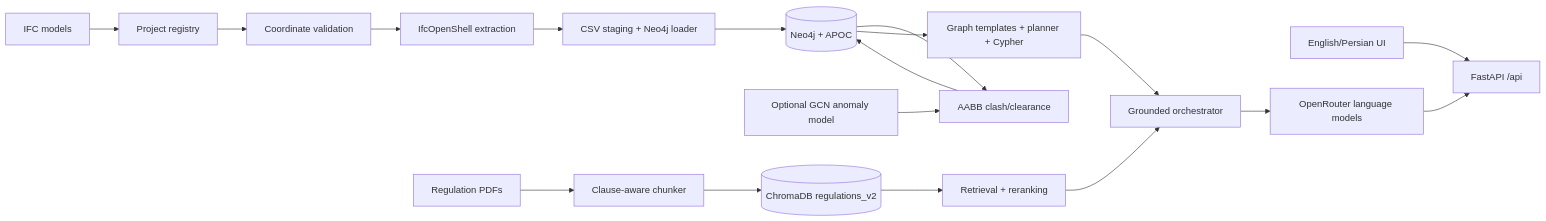
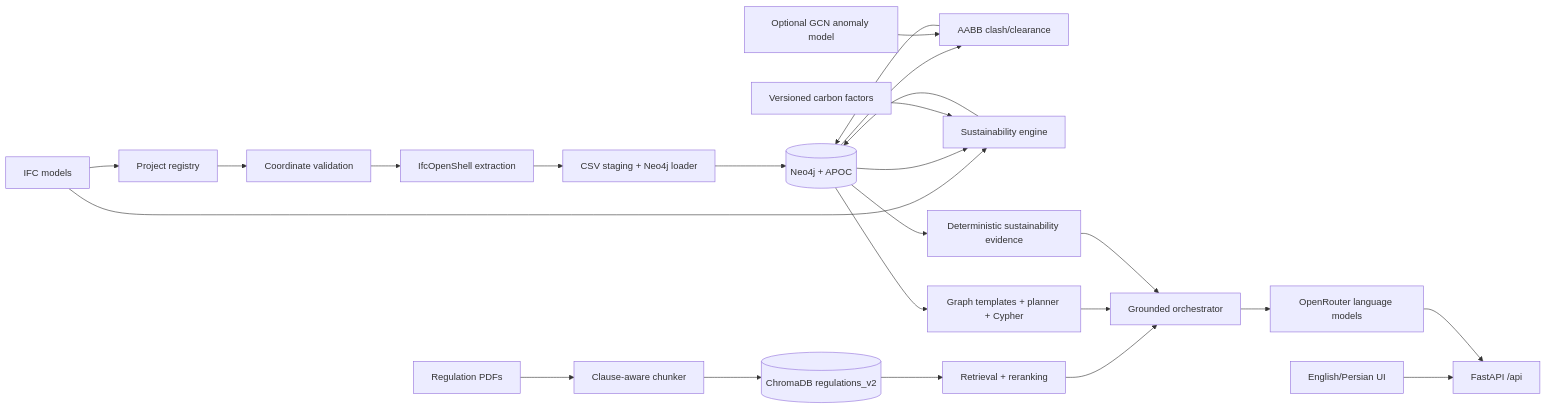
The diagram in README.md (bim-project-team/bim-intellect-v2), drawn with Mermaid before and after one commit. The commit also changed other lines of this file and 45 other files, not shown here.

````diff
--- a/README.md
+++ b/README.md
@@ -41,23 +45,30 @@
 ```mermaid
 flowchart LR
     Browser[English/Persian UI] --> API[FastAPI /api]
 
     IFC[IFC models] --> Registry[Project registry]
     Registry --> Coordinates[Coordinate validation]
     Coordinates --> Extract[IfcOpenShell extraction]
     Extract --> Loader[CSV staging + Neo4j loader]
     Loader --> Neo4j[(Neo4j + APOC)]
     Neo4j --> Clash[AABB clash/clearance]
     Clash --> Neo4j
     Anomaly[Optional GCN anomaly model] --> Clash
 
+    IFC --> Carbon[Sustainability engine]
+    Neo4j --> Carbon
+    Factors[Versioned carbon factors] --> Carbon
+    Carbon --> Neo4j
+
     PDFs[Regulation PDFs] --> Chunker[Clause-aware chunker]
     Chunker --> Chroma[(ChromaDB regulations_v2)]
     Chroma --> Vector[Retrieval + reranking]
 
     Neo4j --> GraphQA[Graph templates + planner + Cypher]
     Vector --> RAG[Grounded orchestrator]
     GraphQA --> RAG
+    Neo4j --> Sustainability[Deterministic sustainability evidence]
+    Sustainability --> RAG
     RAG --> Models[OpenRouter language models]
     Models --> API
 ```
````
